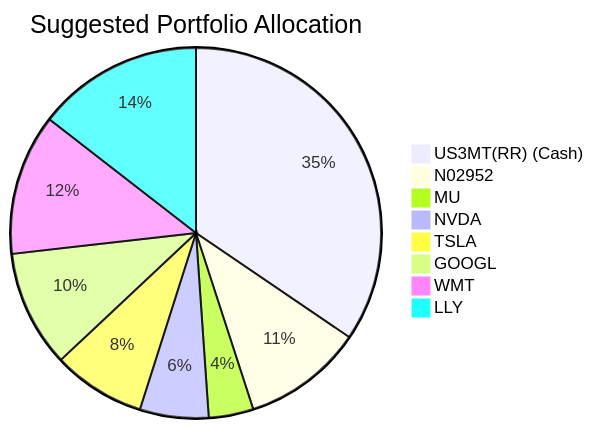
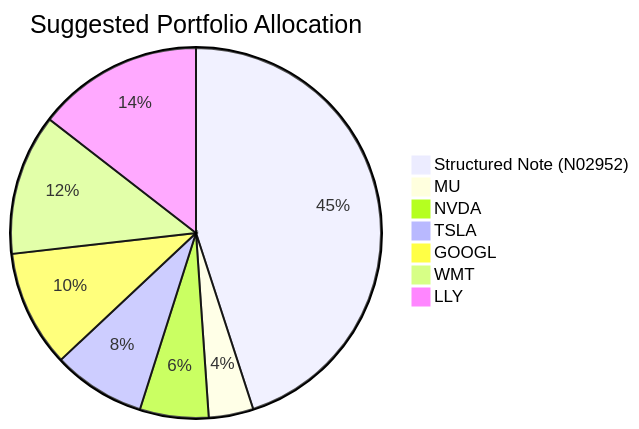
Before and after one commit to roger249/Bot-collaboration: the second of 2 diagrams in docs/sample outputs/product_investor_matching-deepseek-v4-flash.md, drawn with Mermaid. The commit also changed other lines of this file and 16 other files, not shown here.

````diff
--- a/docs/sample outputs/product_investor_matching-deepseek-v4-flash.md
+++ b/docs/sample outputs/product_investor_matching-deepseek-v4-flash.md
@@ -175,11 +56,10 @@
 ```mermaid
 pie title Suggested Portfolio Allocation
-    "US3MT(RR) (Cash)" : 34.5
-    "N02952" : 10.5
+    "Structured Note (N02952)" : 45.0
     "MU" : 3.9
     "NVDA" : 6.0
     "TSLA" : 8.1
     "GOOGL" : 10.2
     "WMT" : 12.3
     "LLY" : 14.5
 ```
````
